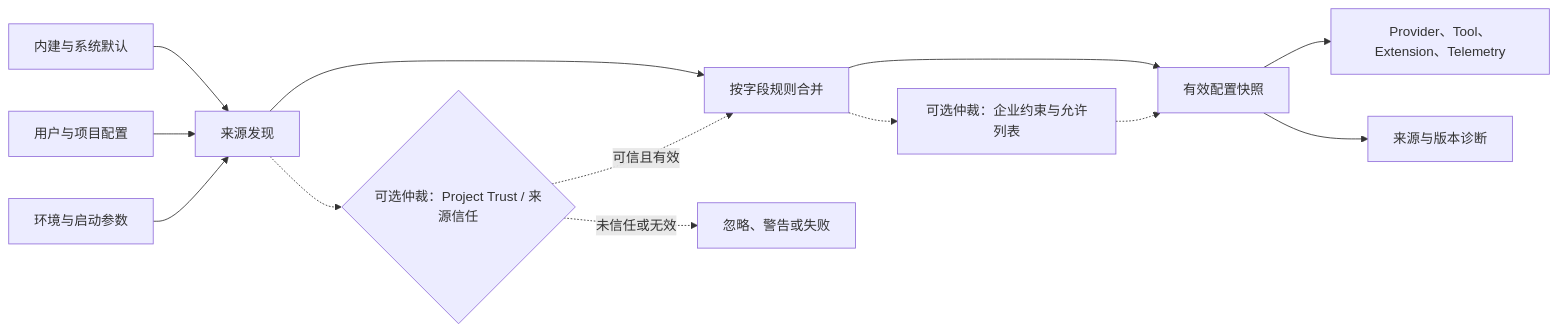
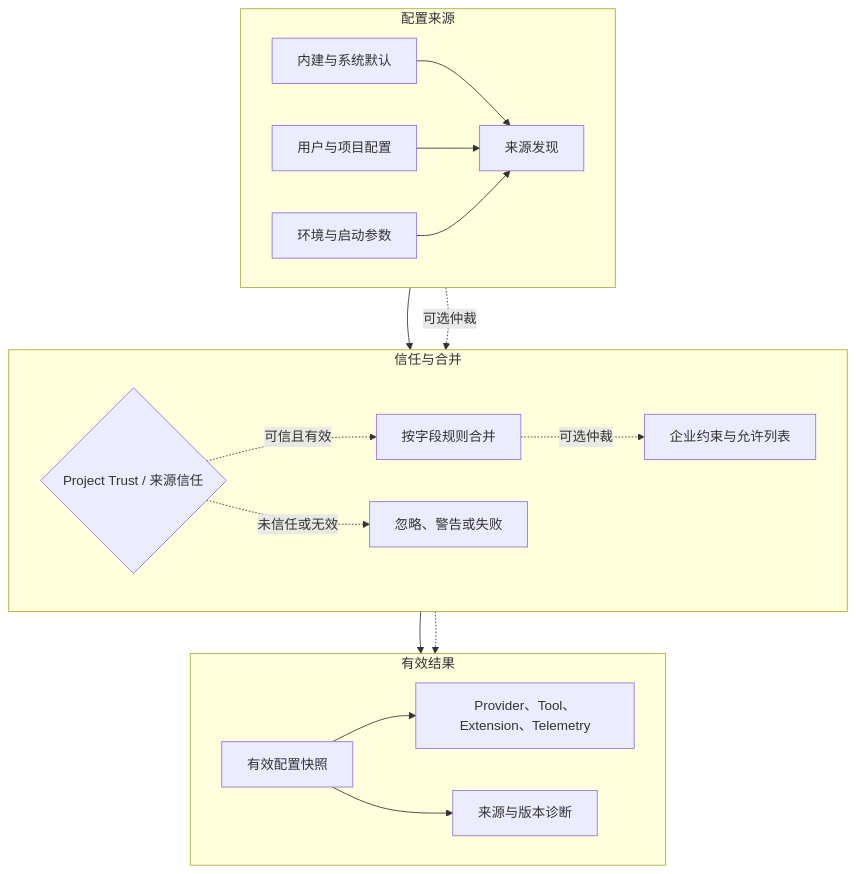
One commit to specialpointcentral/harness changed the diagram in docs/harness-survey/22_configuration_identity_and_supply_chain.md. Above: the diagram before and after it, drawn with Mermaid. The commit also changed 18 other files, not shown here.

First line of the commit message:
docs: improve diagram layouts and tidy supporting files

````diff
--- a/docs/harness-survey/22_configuration_identity_and_supply_chain.md
+++ b/docs/harness-survey/22_configuration_identity_and_supply_chain.md
@@ -15,15 +15,35 @@
 ```mermaid
-flowchart LR
-    A[内建与系统默认] --> D[来源发现]
-    B[用户与项目配置] --> D
-    C[环境与启动参数] --> D
-    D --> F[按字段规则合并]
-    D -.-> E{可选仲裁：Project Trust / 来源信任}
-    E -.->|可信且有效| F
-    E -.->|未信任或无效| G[忽略、警告或失败]
-    F --> I[有效配置快照]
-    F -.-> H[可选仲裁：企业约束与允许列表]
-    H -.-> I
-    I --> J[Provider、Tool、Extension、Telemetry]
-    I --> K[来源与版本诊断]
+flowchart TB
+  subgraph SOURCE[配置来源]
+    direction LR
+    A[内建与系统默认]
+    B[用户与项目配置]
+    C[环境与启动参数]
+    D[来源发现]
+  end
+  subgraph POLICY[信任与合并]
+    direction LR
+    E{Project Trust / 来源信任}
+    F[按字段规则合并]
+    G[忽略、警告或失败]
+    H[企业约束与允许列表]
+  end
+  subgraph OUTPUT[有效结果]
+    direction LR
+    I[有效配置快照]
+    J[Provider、Tool、Extension、Telemetry]
+    K[来源与版本诊断]
+  end
+  A --> D
+  B --> D
+  C --> D
+  D --> F
+  D -.可选仲裁.-> E
+  E -.可信且有效.-> F
+  E -.未信任或无效.-> G
+  F --> I
+  F -.可选仲裁.-> H
+  H -.-> I
+  I --> J
+  I --> K
 ```
````
